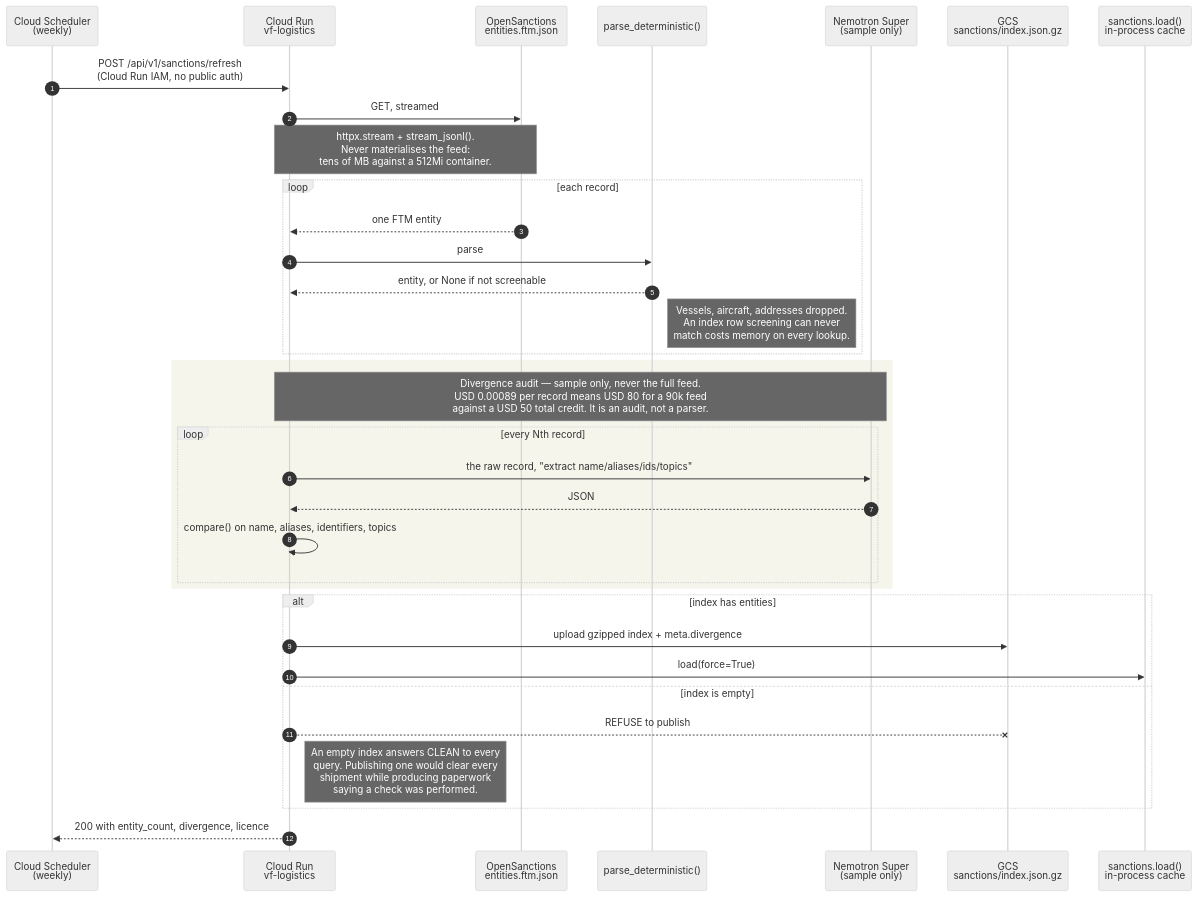
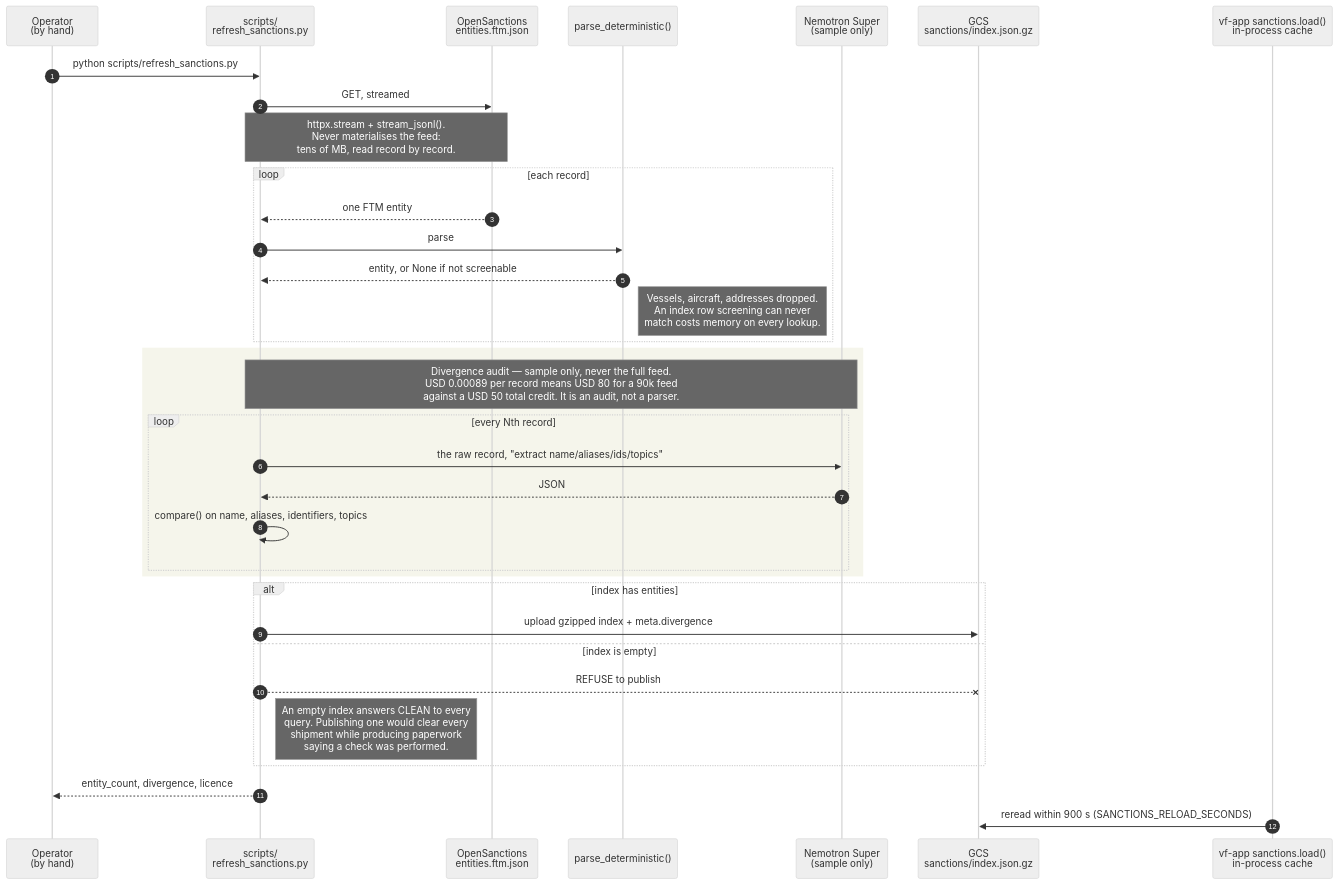
Before and after one commit to hoachauphuoc/vf-logistics-nebius-nvidia: the first of 3 diagrams in docs/diagrams/flow-1-sanctions-refresh.md, drawn with Mermaid (neutral theme). The commit also changed other lines of this file and 101 other files, not shown here.

````diff
--- a/docs/diagrams/flow-1-sanctions-refresh.md
+++ b/docs/diagrams/flow-1-sanctions-refresh.md
@@ -9,41 +15,41 @@
 ```mermaid
 sequenceDiagram
     autonumber
-    participant CS as Cloud Scheduler<br/>(weekly)
-    participant RUN as Cloud Run<br/>vf-logistics
+    participant OP as Operator<br/>(by hand)
+    participant JOB as scripts/<br/>refresh_sanctions.py
     participant OS as OpenSanctions<br/>entities.ftm.json
     participant CODE as parse_deterministic()
     participant SUP as Nemotron Super<br/>(sample only)
     participant GCS as GCS<br/>sanctions/index.json.gz
-    participant IDX as sanctions.load()<br/>in-process cache
+    participant IDX as vf-app sanctions.load()<br/>in-process cache
 
-    CS->>RUN: POST /api/v1/sanctions/refresh<br/>(Cloud Run IAM, no public auth)
-    RUN->>OS: GET, streamed
-    Note over RUN,OS: httpx.stream + stream_jsonl().<br/>Never materialises the feed:<br/>tens of MB against a 512Mi container.
+    OP->>JOB: python scripts/refresh_sanctions.py
+    JOB->>OS: GET, streamed
+    Note over JOB,OS: httpx.stream + stream_jsonl().<br/>Never materialises the feed:<br/>tens of MB, read record by record.
 
     loop each record
-        OS-->>RUN: one FTM entity
-        RUN->>CODE: parse
-        CODE-->>RUN: entity, or None if not screenable
+        OS-->>JOB: one FTM entity
+        JOB->>CODE: parse
+        CODE-->>JOB: entity, or None if not screenable
         Note right of CODE: Vessels, aircraft, addresses dropped.<br/>An index row screening can never<br/>match costs memory on every lookup.
     end
 
     rect rgb(245, 245, 235)
-        Note over RUN,SUP: Divergence audit — sample only, never the full feed.<br/>USD 0.00089 per record means USD 80 for a 90k feed<br/>against a USD 50 total credit. It is an audit, not a parser.
+        Note over JOB,SUP: Divergence audit — sample only, never the full feed.<br/>USD 0.00089 per record means USD 80 for a 90k feed<br/>against a USD 50 total credit. It is an audit, not a parser.
         loop every Nth record
-            RUN->>SUP: the raw record, "extract name/aliases/ids/topics"
-            SUP-->>RUN: JSON
-            RUN->>RUN: compare() on name, aliases, identifiers, topics
+            JOB->>SUP: the raw record, "extract name/aliases/ids/topics"
+            SUP-->>JOB: JSON
+            JOB->>JOB: compare() on name, aliases, identifiers, topics
         end
     end
 
     alt index has entities
-        RUN->>GCS: upload gzipped index + meta.divergence
-        RUN->>IDX: load(force=True)
+        JOB->>GCS: upload gzipped index + meta.divergence
     else index is empty
-        RUN--xGCS: REFUSE to publish
-        Note right of RUN: An empty index answers CLEAN to every<br/>query. Publishing one would clear every<br/>shipment while producing paperwork<br/>saying a check was performed.
+        JOB--xGCS: REFUSE to publish
+        Note right of JOB: An empty index answers CLEAN to every<br/>query. Publishing one would clear every<br/>shipment while producing paperwork<br/>saying a check was performed.
     end
 
-    RUN-->>CS: 200 with entity_count, divergence, licence
+    JOB-->>OP: entity_count, divergence, licence
+    IDX->>GCS: reread within 900 s (SANCTIONS_RELOAD_SECONDS)
 ```
````
